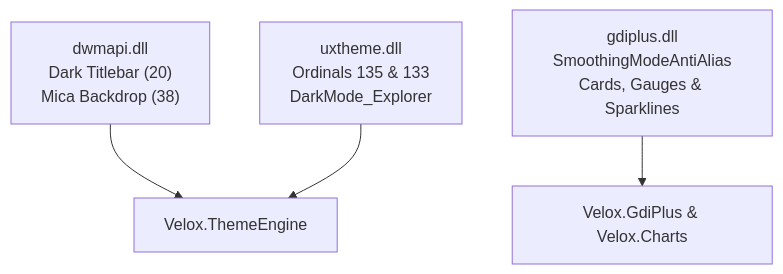
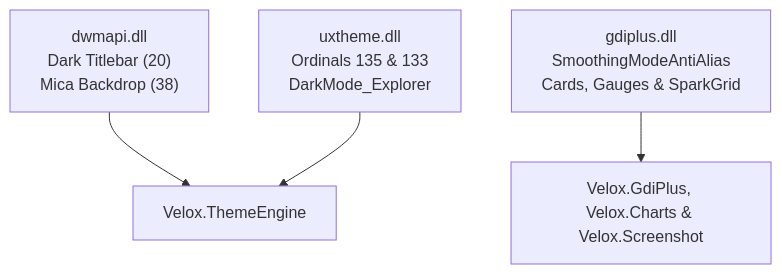
The second of 2 diagrams in README.md (amafjarkasi/velox-ui), drawn with Mermaid before and after one commit. The commit also changed other lines of this file and 14 other files, not shown here.

````diff
--- a/README.md
+++ b/README.md
@@ -214,6 +132,6 @@
 ```mermaid
 flowchart TD
     DWM["dwmapi.dll\nDark Titlebar (20)\nMica Backdrop (38)"] --> TE["Velox.ThemeEngine"]
     UX["uxtheme.dll\nOrdinals 135 & 133\nDarkMode_Explorer"] --> TE
-    GP["gdiplus.dll\nSmoothingModeAntiAlias\nCards, Gauges & Sparklines"] --> GE["Velox.GdiPlus & Velox.Charts"]
+    GP["gdiplus.dll\nSmoothingModeAntiAlias\nCards, Gauges & SparkGrid"] --> GE["Velox.GdiPlus, Velox.Charts & Velox.Screenshot"]
 ```
````
